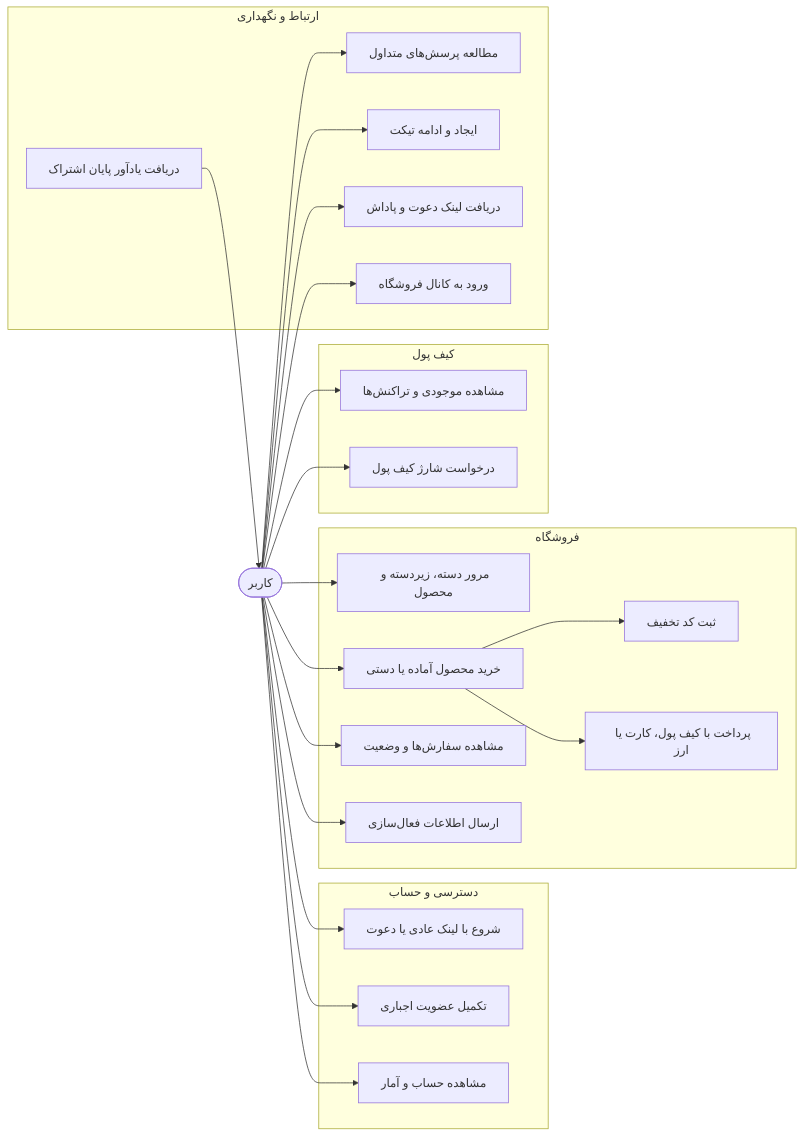
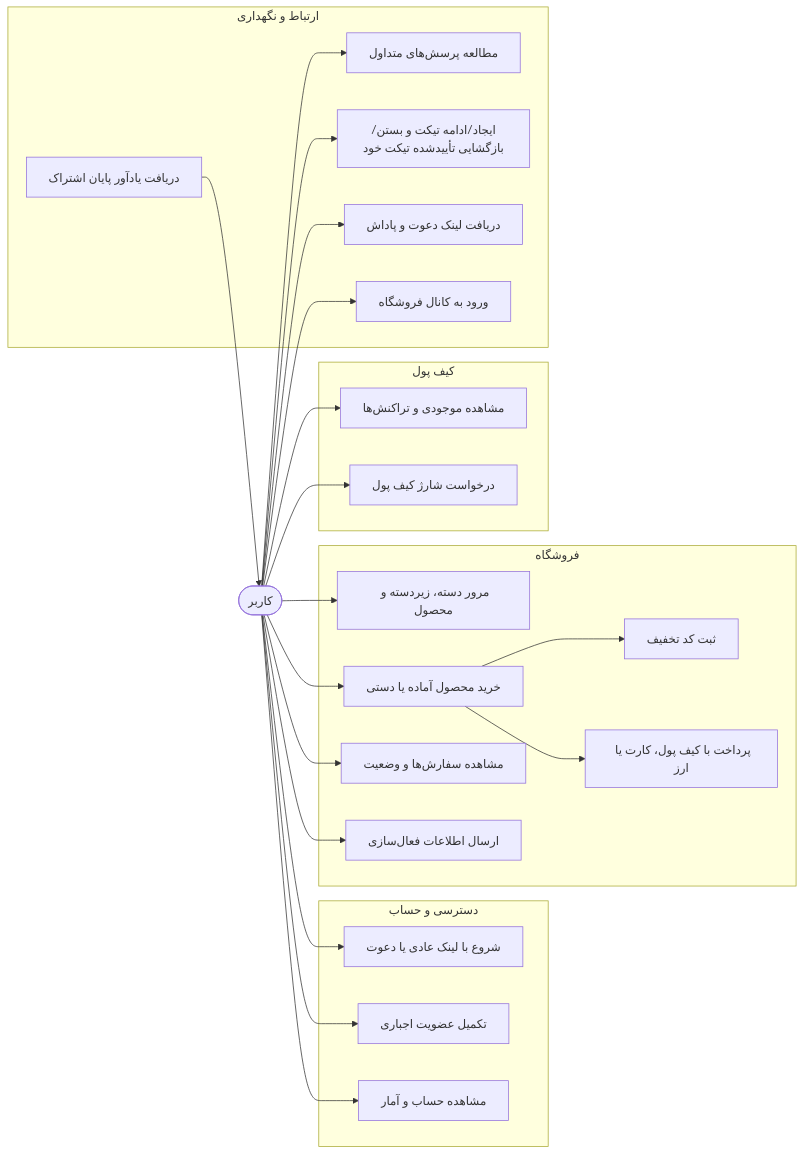
One commit to mohamadkheiry/aibotTelegram changed the fifth of 19 diagrams in docs/DIAGRAMS.md. Above: the diagram before and after it, drawn with Mermaid. The commit also changed other lines of this file and 46 other files, not shown here.

````diff
--- a/docs/DIAGRAMS.md
+++ b/docs/DIAGRAMS.md
@@ -341,49 +341,49 @@
 ```mermaid
 flowchart LR
     User(["کاربر"])
 
     subgraph Access["دسترسی و حساب"]
         Start["شروع با لینک عادی یا دعوت"]
         Join["تکمیل عضویت اجباری"]
         Profile["مشاهده حساب و آمار"]
     end
 
     subgraph Commerce["فروشگاه"]
         Browse["مرور دسته، زیردسته و محصول"]
         Buy["خرید محصول آماده یا دستی"]
         Discount["ثبت کد تخفیف"]
         Pay["پرداخت با کیف پول، کارت یا ارز"]
         Orders["مشاهده سفارش‌ها و وضعیت"]
         Info["ارسال اطلاعات فعال‌سازی"]
     end
 
     subgraph Wallet["کیف پول"]
         Balance["مشاهده موجودی و تراکنش‌ها"]
         Topup["درخواست شارژ کیف پول"]
     end
 
     subgraph Service["ارتباط و نگهداری"]
         FAQ["مطالعه پرسش‌های متداول"]
-        Ticket["ایجاد و ادامه تیکت"]
+        Ticket["ایجاد/ادامه تیکت و بستن/بازگشایی تأییدشده تیکت خود"]
         Referral["دریافت لینک دعوت و پاداش"]
         Channel["ورود به کانال فروشگاه"]
         Reminder["دریافت یادآور پایان اشتراک"]
     end
 
     User --> Start
     User --> Join
     User --> Profile
     User --> Browse
     User --> Buy
     Buy --> Discount
     Buy --> Pay
     User --> Orders
     User --> Info
     User --> Balance
     User --> Topup
     User --> FAQ
     User --> Ticket
     User --> Referral
     User --> Channel
     Reminder --> User
 ```
````
